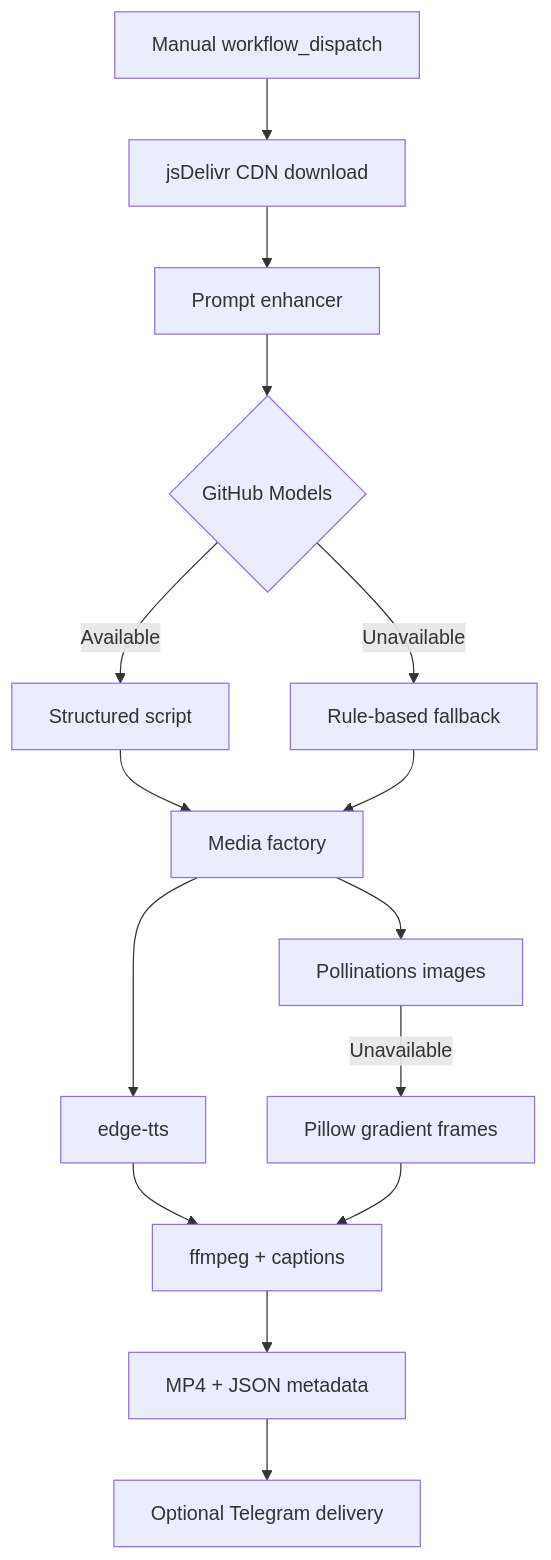
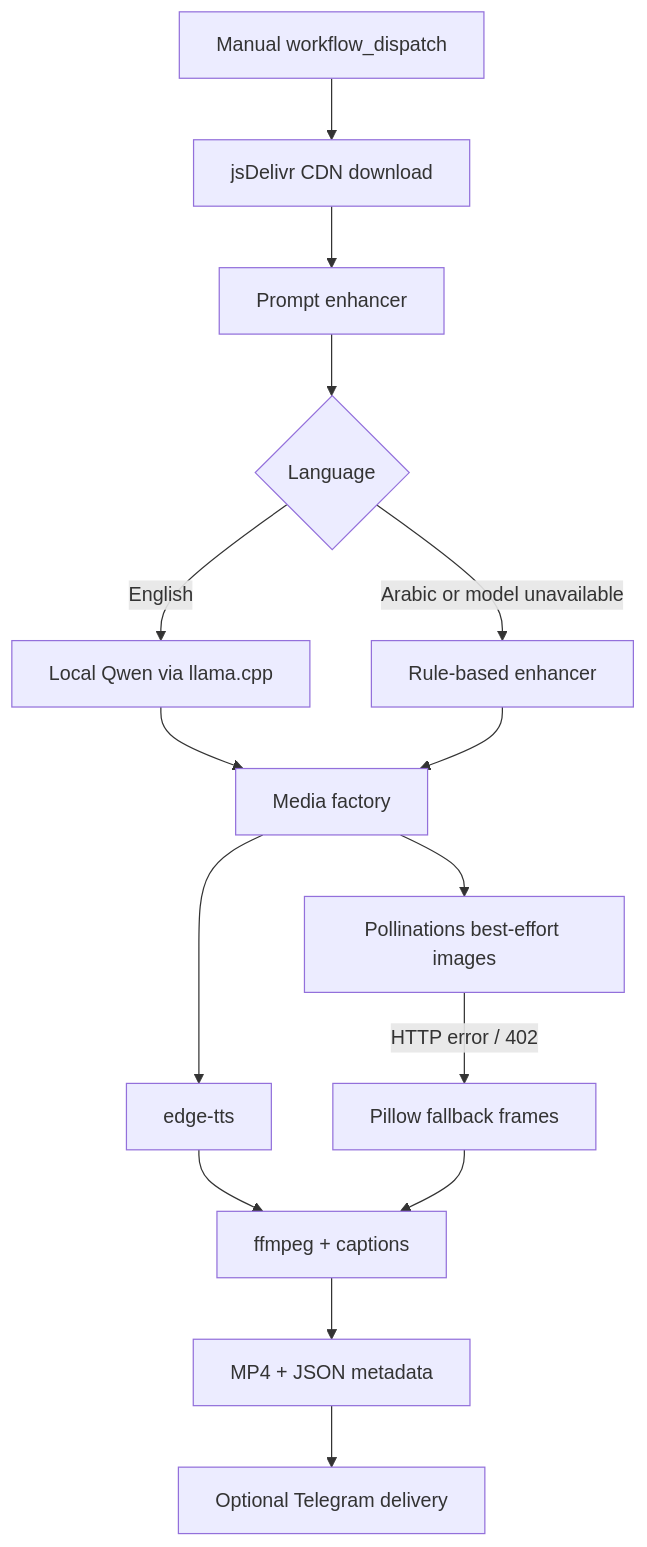
One commit to zopair/relaymind-core changed the diagram in README.md. Above: the diagram before and after it, drawn with Mermaid. The commit also changed other lines of this file and 9 other files, not shown here.

````diff
--- a/README.md
+++ b/README.md
@@ -9,17 +9,17 @@
 ```mermaid
 flowchart TD
  A[Manual workflow_dispatch] --> B[jsDelivr CDN download]
  B --> C[Prompt enhancer]
- C --> D{GitHub Models}
- D -->|Available| E[Structured script]
- D -->|Unavailable| F[Rule-based fallback]
+ C --> D{Language}
+ D -->|English| E[Local Qwen via llama.cpp]
+ D -->|Arabic or model unavailable| F[Rule-based enhancer]
  E --> G[Media factory]
  F --> G
  G --> H[edge-tts]
- G --> I[Pollinations images]
- I -->|Unavailable| J[Pillow gradient frames]
+ G --> I[Pollinations best-effort images]
+ I -->|HTTP error / 402| J[Pillow fallback frames]
  H --> K[ffmpeg + captions]
  J --> K
  K --> L[MP4 + JSON metadata]
  L --> M[Optional Telegram delivery]
 ```
````
